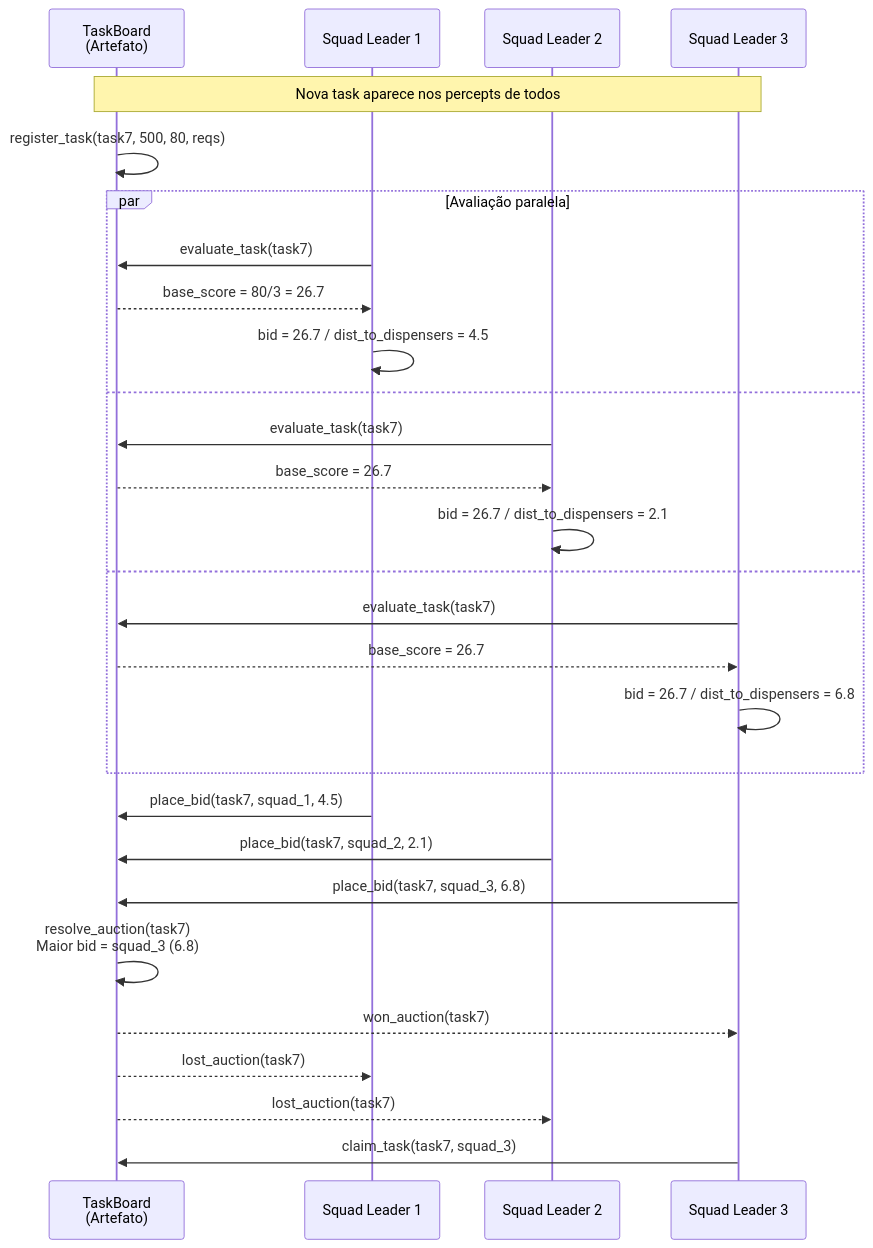
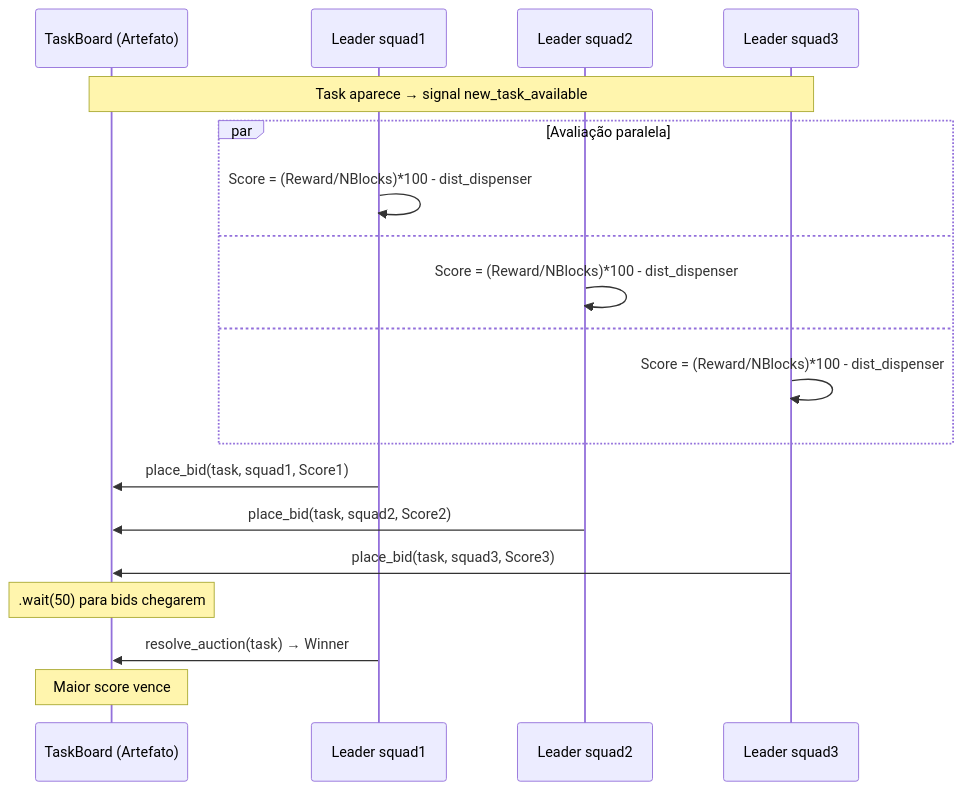
Before and after one commit to MarceloNG/PCS5703-MAS-HIVE: diagram 16 of 19 in doc/ARCH.md, drawn with Mermaid. The commit also changed other lines of this file and 33 other files, not shown here.

````diff
--- a/doc/ARCH.md
+++ b/doc/ARCH.md
@@ -657,37 +681,26 @@
 ```mermaid
 sequenceDiagram
-    participant TB as TaskBoard<br/>(Artefato)
-    participant SL1 as Squad Leader 1
-    participant SL2 as Squad Leader 2
-    participant SL3 as Squad Leader 3
+    participant TB as TaskBoard (Artefato)
+    participant SL1 as Leader squad1
+    participant SL2 as Leader squad2
+    participant SL3 as Leader squad3
 
-    Note over TB,SL3: Nova task aparece nos percepts de todos
-
-    TB->>TB: register_task(task7, 500, 80, reqs)
+    Note over TB,SL3: Task aparece → signal new_task_available
 
     par Avaliação paralela
-        SL1->>TB: evaluate_task(task7)
-        TB-->>SL1: base_score = 80/3 = 26.7
-        SL1->>SL1: bid = 26.7 / dist_to_dispensers = 4.5
+        SL1->>SL1: Score = (Reward/NBlocks)*100 - dist_dispenser
     and
-        SL2->>TB: evaluate_task(task7)
-        TB-->>SL2: base_score = 26.7
-        SL2->>SL2: bid = 26.7 / dist_to_dispensers = 2.1
+        SL2->>SL2: Score = (Reward/NBlocks)*100 - dist_dispenser
     and
-        SL3->>TB: evaluate_task(task7)
-        TB-->>SL3: base_score = 26.7
-        SL3->>SL3: bid = 26.7 / dist_to_dispensers = 6.8
+        SL3->>SL3: Score = (Reward/NBlocks)*100 - dist_dispenser
     end
 
-    SL1->>TB: place_bid(task7, squad_1, 4.5)
-    SL2->>TB: place_bid(task7, squad_2, 2.1)
-    SL3->>TB: place_bid(task7, squad_3, 6.8)
+    SL1->>TB: place_bid(task, squad1, Score1)
+    SL2->>TB: place_bid(task, squad2, Score2)
+    SL3->>TB: place_bid(task, squad3, Score3)
 
-    TB->>TB: resolve_auction(task7)<br/>Maior bid = squad_3 (6.8)
+    Note over TB: .wait(50) para bids chegarem
 
-    TB-->>SL3: won_auction(task7)
-    TB-->>SL1: lost_auction(task7)
-    TB-->>SL2: lost_auction(task7)
-
-    SL3->>TB: claim_task(task7, squad_3)
+    SL1->>TB: resolve_auction(task) → Winner
+    Note over TB: Maior score vence
 ```
````
